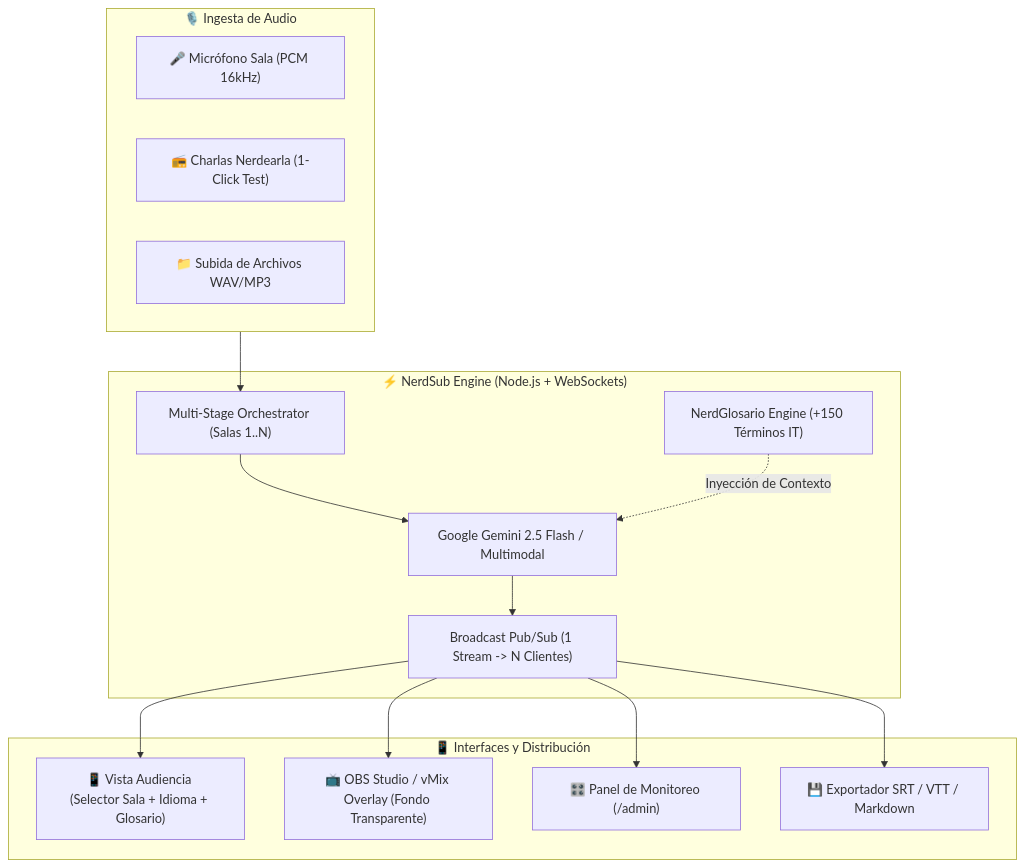
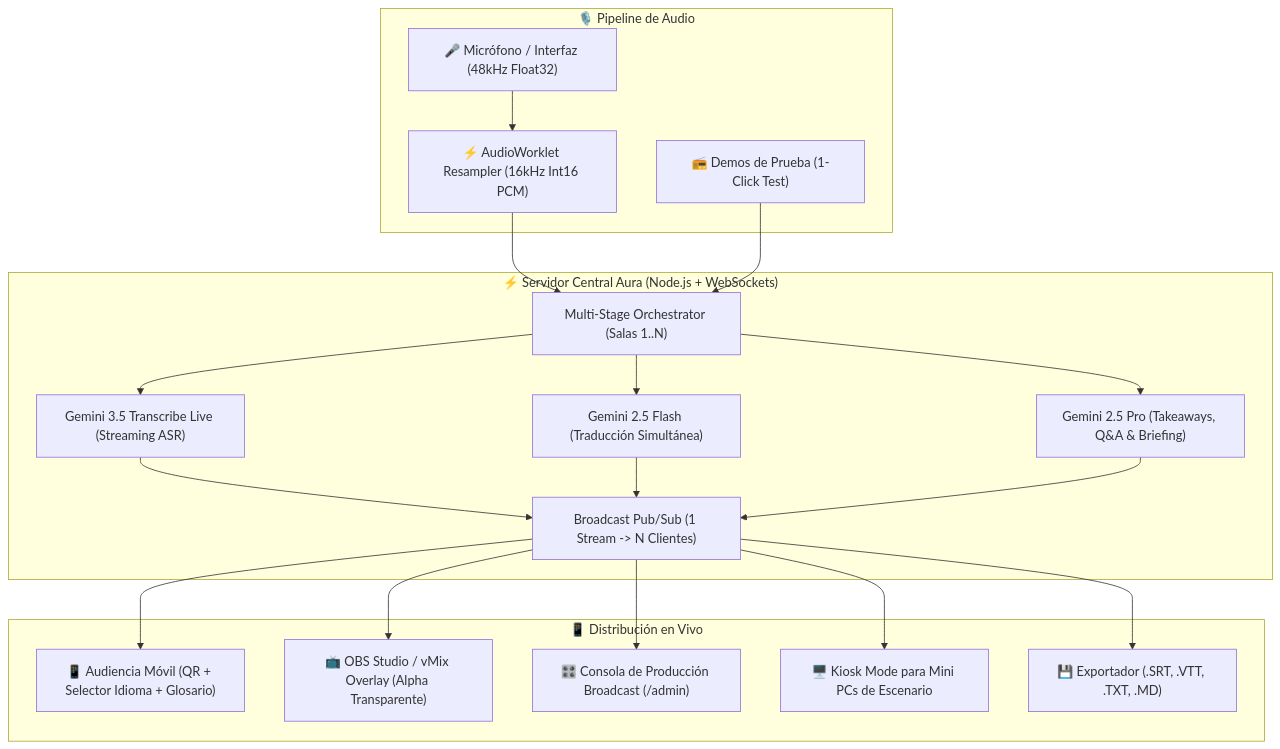
One commit to EzeAlfaro/ProjectAura changed the diagram in README.md. Above: the diagram before and after it, drawn with Mermaid. The commit also changed other lines of this file and 6 other files, not shown here.

Commit message:
docs(brand): unify Project Aura branding, update dual-engine specs & refine official documentation

````diff
--- a/README.md
+++ b/README.md
@@ -54,31 +67,39 @@
 ```mermaid
 flowchart TD
-    subgraph AudioSources["🎙️ Ingesta de Audio"]
-        Mic["🎤 Micrófono Sala (PCM 16kHz)"]
-        Demos["📻 Charlas Nerdearla (1-Click Test)"]
-        Upload["📁 Subida de Archivos WAV/MP3"]
+    subgraph AudioIngest["🎙️ Pipeline de Audio"]
+        Mic["🎤 Micrófono / Interfaz (48kHz Float32)"]
+        Worklet["⚡ AudioWorklet Resampler (16kHz Int16 PCM)"]
+        Demos["📻 Demos de Prueba (1-Click Test)"]
+        Mic --> Worklet
     end
 
-    subgraph CoreEngine["⚡ NerdSub Engine (Node.js + WebSockets)"]
+    subgraph CentralServer["⚡ Servidor Central Aura (Node.js + WebSockets)"]
         StageManager["Multi-Stage Orchestrator (Salas 1..N)"]
-        GeminiService["Google Gemini 2.5 Flash / Multimodal"]
-        Glossary["NerdGlosario Engine (+150 Términos IT)"]
+        GeminiLive["Gemini 3.5 Transcribe Live (Streaming ASR)"]
+        GeminiPro["Gemini 2.5 Pro (Takeaways, Q&A & Briefing)"]
+        GeminiFlash["Gemini 2.5 Flash (Traducción Simultánea)"]
         PubSub["Broadcast Pub/Sub (1 Stream -> N Clientes)"]
     end
 
-    subgraph Delivery["📱 Interfaces y Distribución"]
-        AudienceApp["📱 Vista Audiencia (Selector Sala + Idioma + Glosario)"]
-        OBS["📺 OBS Studio / vMix Overlay (Fondo Transparente)"]
-        ControlRoom["🎛️ Panel de Monitoreo (/admin)"]
-        Exporter["💾 Exportador SRT / VTT / Markdown"]
+    subgraph OutputChannels["📱 Distribución en Vivo"]
+        AudienceApp["📱 Audiencia Móvil (QR + Selector Idioma + Glosario)"]
+        OBS["📺 OBS Studio / vMix Overlay (Alpha Transparente)"]
+        Console["🎛️ Consola de Producción Broadcast (/admin)"]
+        Kiosk["🖥️ Kiosk Mode para Mini PCs de Escenario"]
+        Exporter["💾 Exportador (.SRT, .VTT, .TXT, .MD)"]
     end
 
-    AudioSources --> StageManager
-    StageManager --> GeminiService
-    Glossary -. Inyección de Contexto .-> GeminiService
-    GeminiService --> PubSub
+    Worklet --> StageManager
+    Demos --> StageManager
+    StageManager --> GeminiLive
+    StageManager --> GeminiFlash
+    StageManager --> GeminiPro
+    GeminiLive --> PubSub
+    GeminiFlash --> PubSub
+    GeminiPro --> PubSub
     PubSub --> AudienceApp
     PubSub --> OBS
-    PubSub --> ControlRoom
+    PubSub --> Console
+    PubSub --> Kiosk
     PubSub --> Exporter
 ```
````
